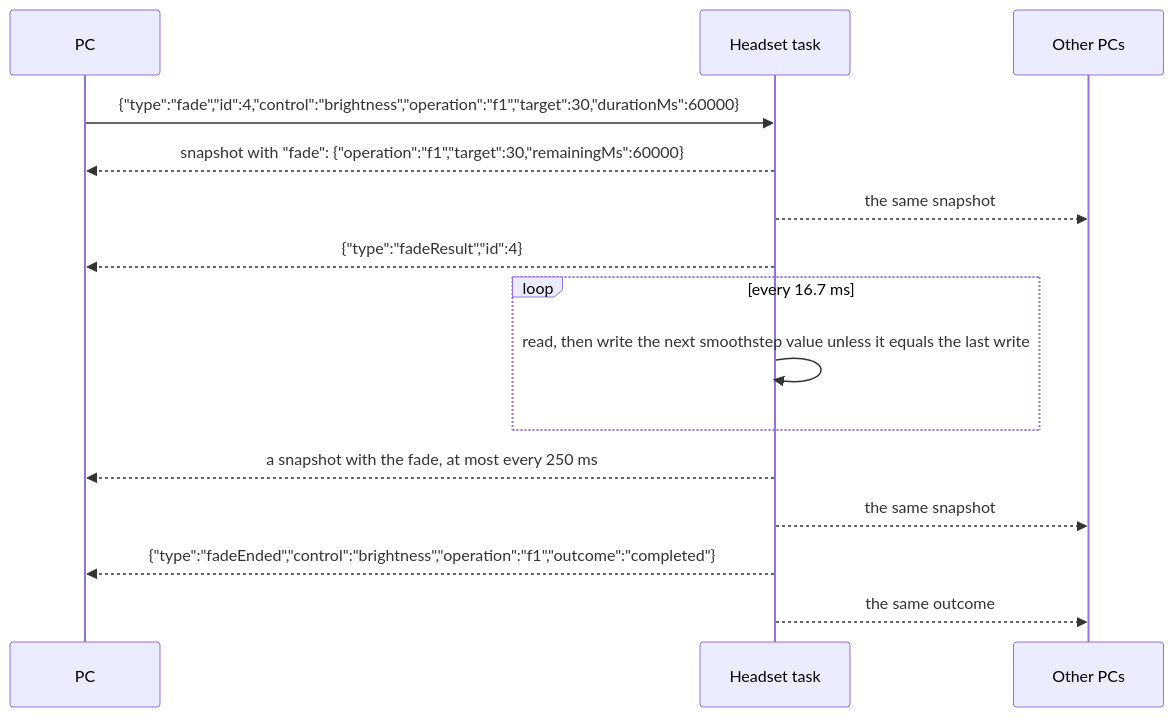
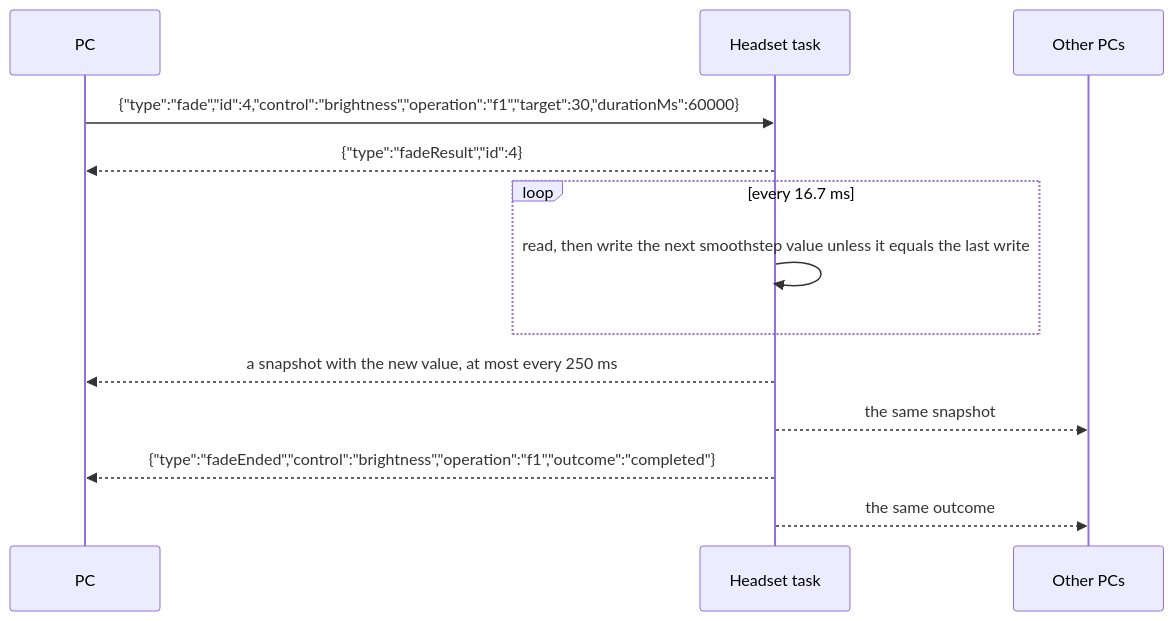
One commit to Raphiiko/OyasumiVR changed the seventh of 8 diagrams in docs/agents/steam-frame-pairing.md. Above: the diagram before and after it, drawn with Mermaid. The commit also changed other lines of this file and 37 other files, not shown here.

````diff
--- a/docs/agents/steam-frame-pairing.md
+++ b/docs/agents/steam-frame-pairing.md
@@ -333,17 +310,15 @@
 ```mermaid
 sequenceDiagram
   participant P as PC
   participant T as Headset task
   participant O as Other PCs
   P->>T: {"type":"fade","id":4,"control":"brightness","operation":"f1","target":30,"durationMs":60000}
-  T-->>P: snapshot with "fade": {"operation":"f1","target":30,"remainingMs":60000}
-  T-->>O: the same snapshot
   T-->>P: {"type":"fadeResult","id":4}
   loop every 16.7 ms
     T->>T: read, then write the next smoothstep value unless it equals the last write
   end
-  T-->>P: a snapshot with the fade, at most every 250 ms
+  T-->>P: a snapshot with the new value, at most every 250 ms
   T-->>O: the same snapshot
   T-->>P: {"type":"fadeEnded","control":"brightness","operation":"f1","outcome":"completed"}
   T-->>O: the same outcome
 ```
````
